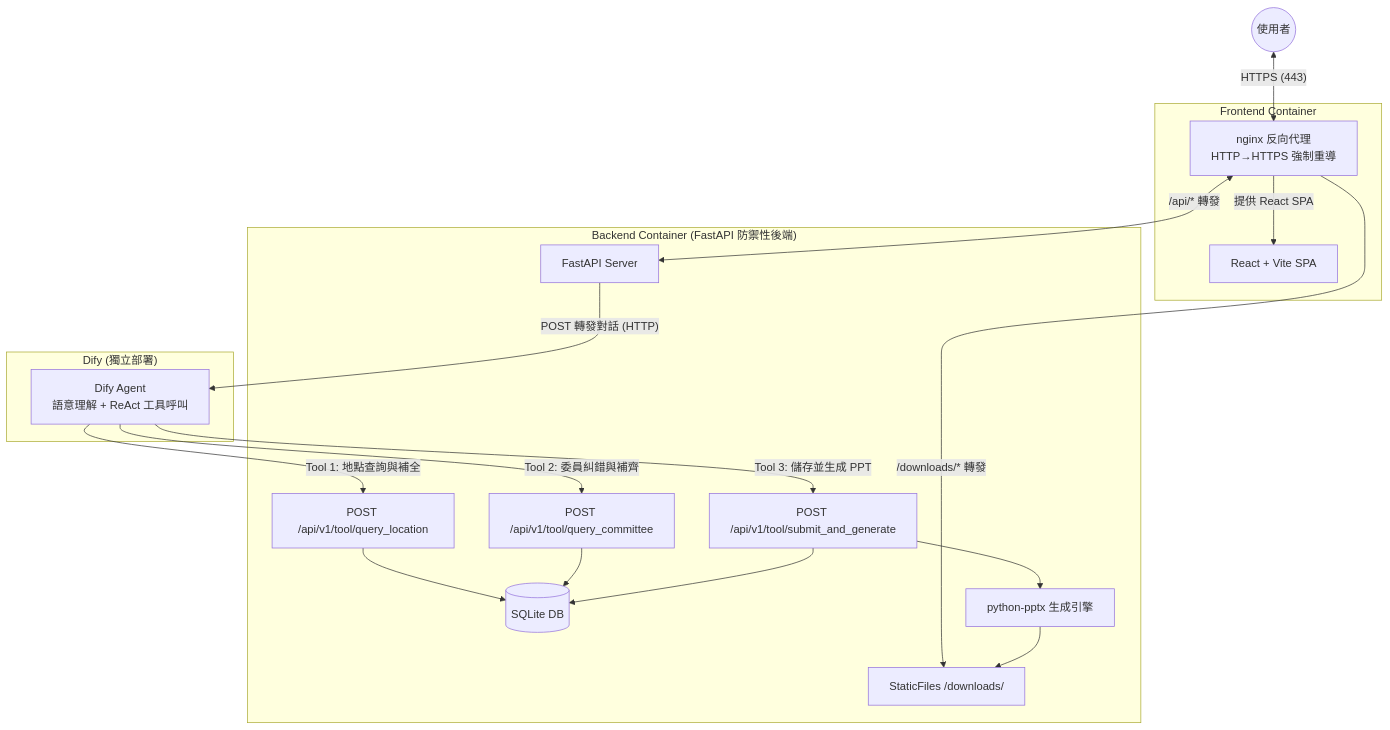
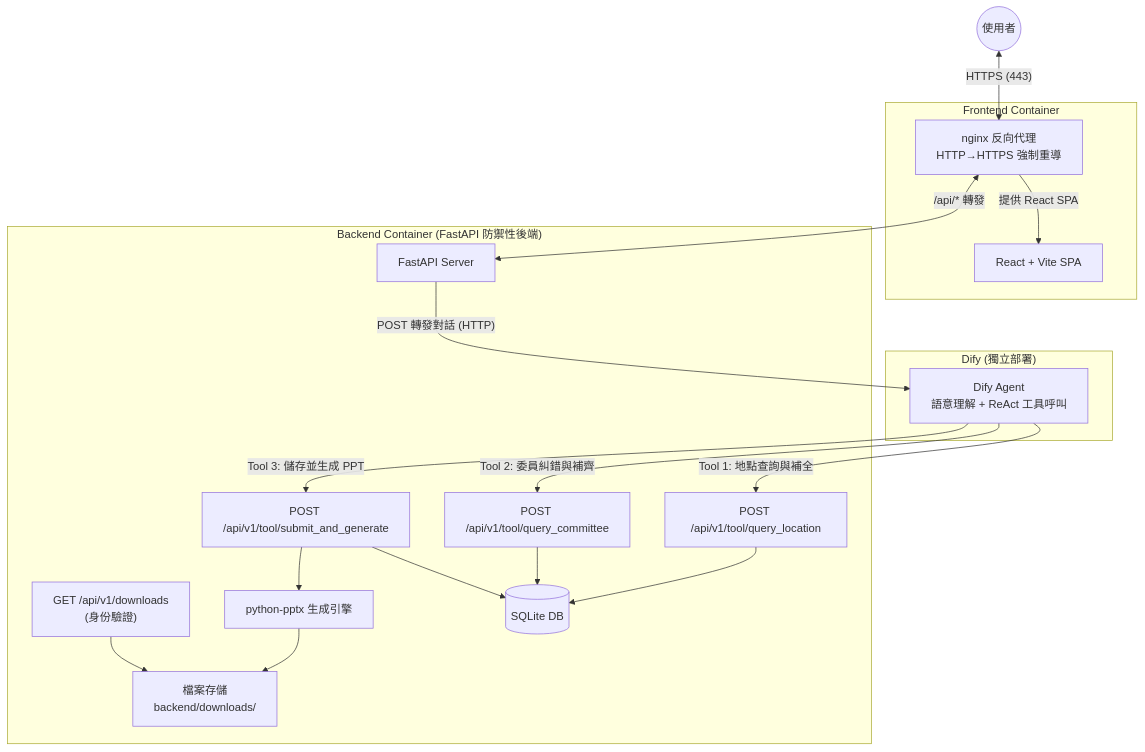
One commit to NTUST-Lab-training/defense-bot changed the diagram in README.md. Above: the diagram before and after it, drawn with Mermaid. The commit also changed other lines of this file and 3 other files, not shown here.

````diff
--- a/README.md
+++ b/README.md
@@ -31,34 +31,35 @@
 ```mermaid
 graph TD
     User((使用者)) <-->|"HTTPS (443)"| Nginx
 
     subgraph Frontend["Frontend Container"]
         Nginx["nginx 反向代理<br/>HTTP→HTTPS 強制重導"] -->|提供 React SPA| SPA[React + Vite SPA]
     end
 
     subgraph DifyContainer["Dify (獨立部署)"]
         Dify["Dify Agent<br/>語意理解 + ReAct 工具呼叫"]
     end
 
     Nginx <-->|"/api/* 轉發"| Backend
-    Nginx -->|"/downloads/* 轉發"| DL
 
     subgraph BackendContainer["Backend Container (FastAPI 防禦性後端)"]
         Backend[FastAPI Server]
 
         LocAPI["POST /api/v1/tool/query_location"]
         ComAPI["POST /api/v1/tool/query_committee"]
         GenAPI["POST /api/v1/tool/submit_and_generate"]
+        DownAPI["GET /api/v1/downloads<br/>(身份驗證)"]
 
         LocAPI --> DB[(SQLite DB)]
         ComAPI --> DB
         GenAPI --> DB
         GenAPI --> PPT[python-pptx 生成引擎]
-        PPT --> DL["StaticFiles /downloads/"]
+        PPT --> DL["檔案存儲<br/>backend/downloads/"]
+        DownAPI --> DL
     end
 
     Backend -->|"POST 轉發對話 (HTTP)"| Dify
     Dify --"Tool 1: 地點查詢與補全"--> LocAPI
     Dify --"Tool 2: 委員糾錯與補齊"--> ComAPI
     Dify --"Tool 3: 儲存並生成 PPT"--> GenAPI
 ```
````
